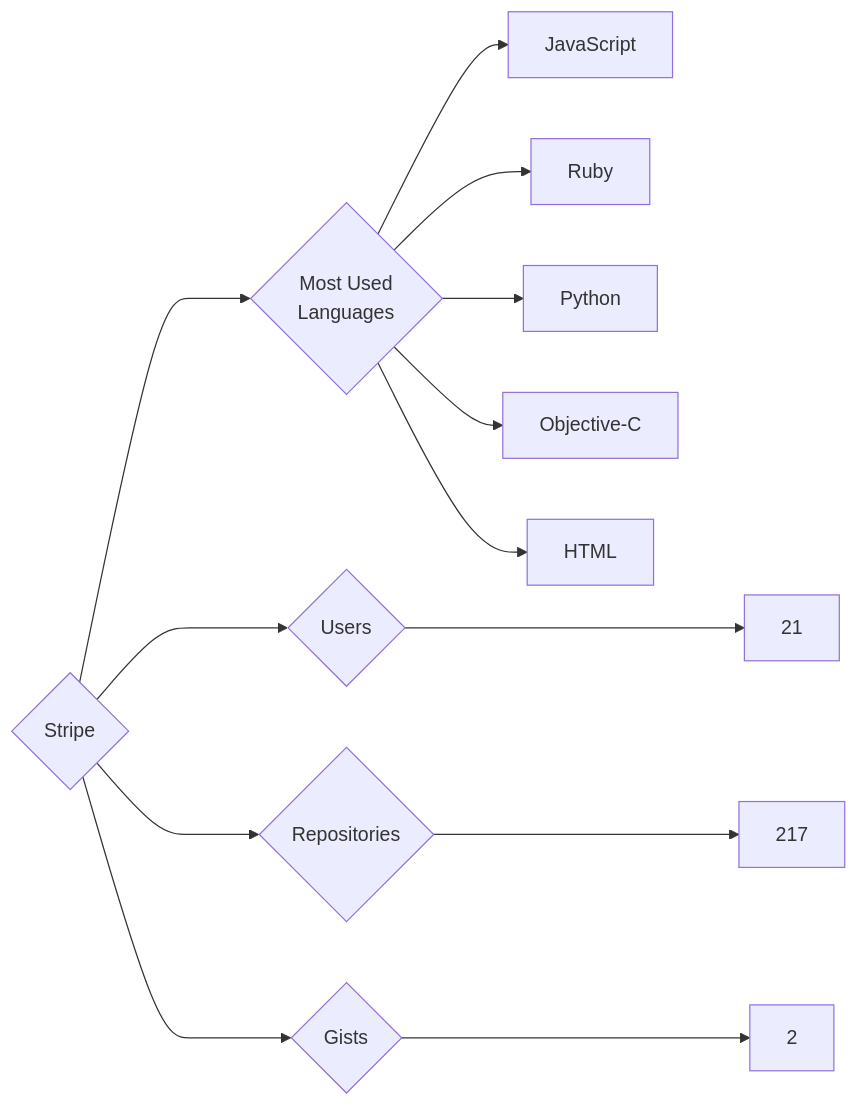
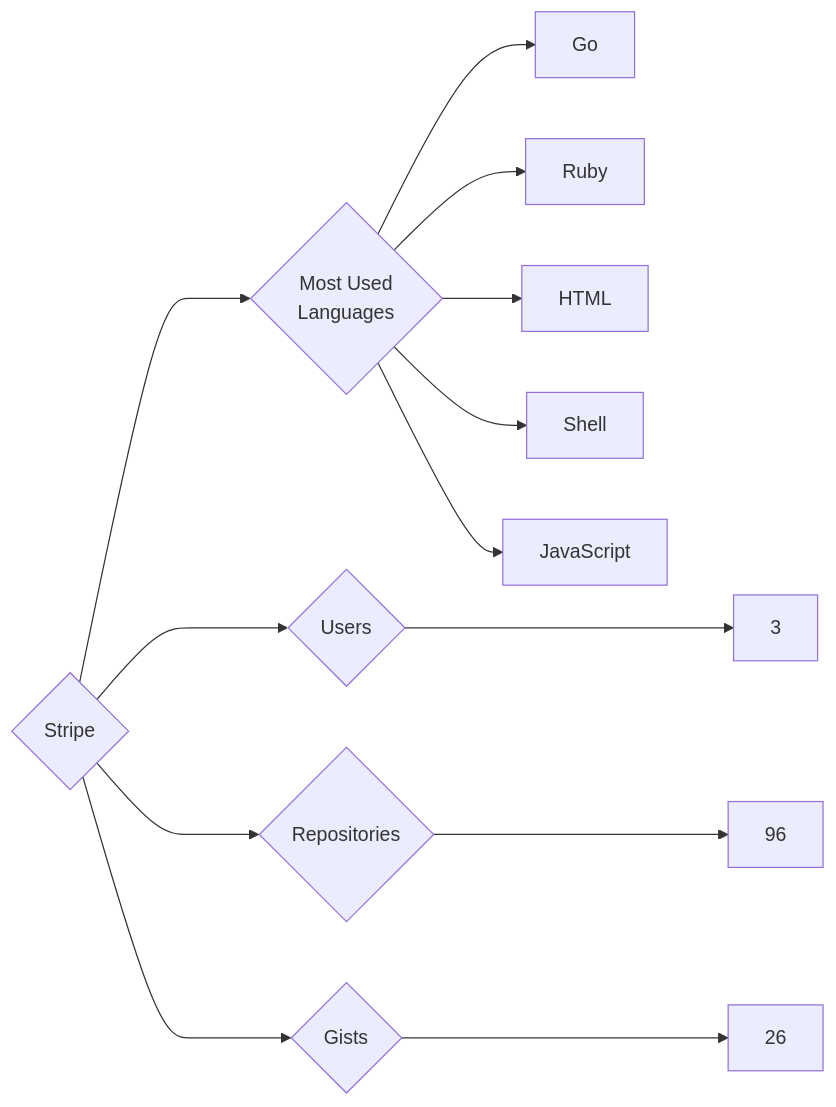
The diagram in targets/Stripe/README.md (trickest/insiders), drawn with Mermaid before and after one commit. The commit also changed 948 other files, not shown here.

````diff
--- a/targets/Stripe/README.md
+++ b/targets/Stripe/README.md
@@ -3,13 +3,13 @@
 ```mermaid
 graph LR
 COMPANY_NAME{Stripe}
-COMPANY_NAME ---> U{Users} ---> UN[21]
-COMPANY_NAME ---> R{Repositories} ---> RN[217]
-COMPANY_NAME ---> G{Gists} ---> GN[2]
+COMPANY_NAME ---> U{Users} ---> UN[3]
+COMPANY_NAME ---> R{Repositories} ---> RN[96]
+COMPANY_NAME ---> G{Gists} ---> GN[26]
 COMPANY_NAME ---> ML{Most Used<br>Languages}
+ML --> Go[Go]
+ML --> Ruby[Ruby]
+ML --> HTML[HTML]
+ML --> Shell[Shell]
 ML --> JavaScript[JavaScript]
-ML --> Ruby[Ruby]
-ML --> Python[Python]
-ML --> Objective-C[Objective-C]
-ML --> HTML[HTML]
 ```
````
